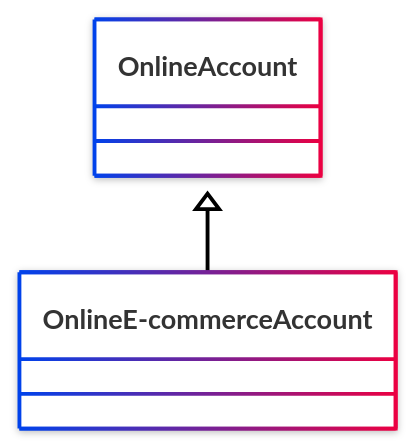
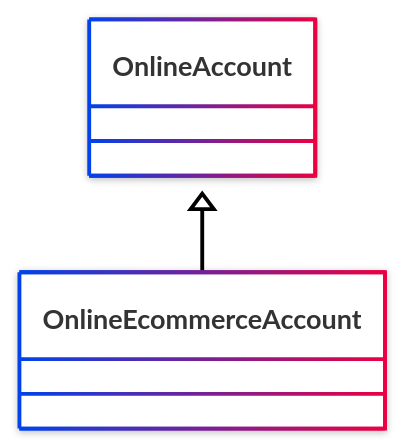
Before and after one commit to StephaneBranly/ontodoc: the diagram in example/build/class/OnlineEcommerceAccount.md, drawn with Mermaid. The commit also changed other lines of this file and 71 other files, not shown here.

````diff
--- a/example/build/class/OnlineEcommerceAccount.md
+++ b/example/build/class/OnlineEcommerceAccount.md
@@ -9,10 +9,10 @@
 ```mermaid
 ---
 config:
   look: neo
   theme: neo
 ---
 classDiagram
-    class Online E-commerce Account
-    OnlineAccount <|-- Online E-commerce Account
+    class OnlineEcommerceAccount
+    OnlineAccount <|-- OnlineEcommerceAccount
 ```
````
